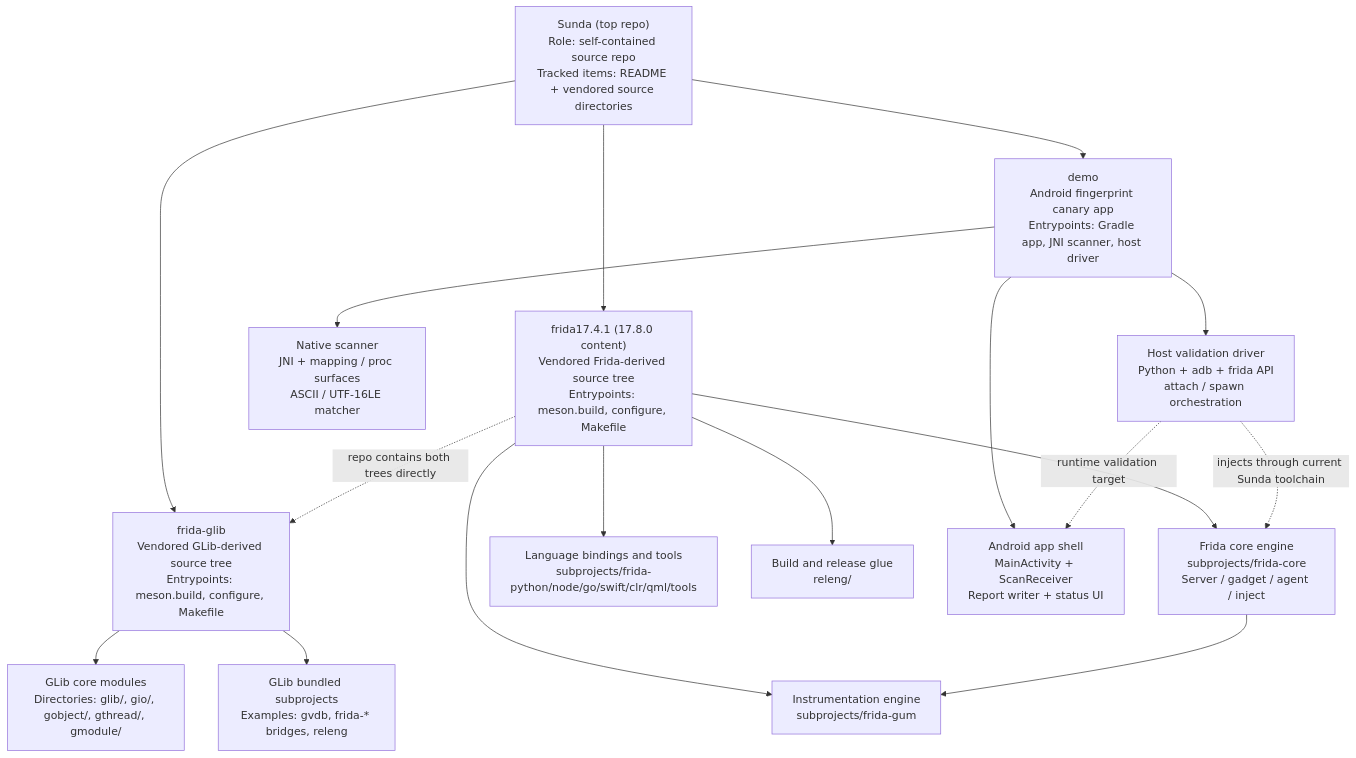
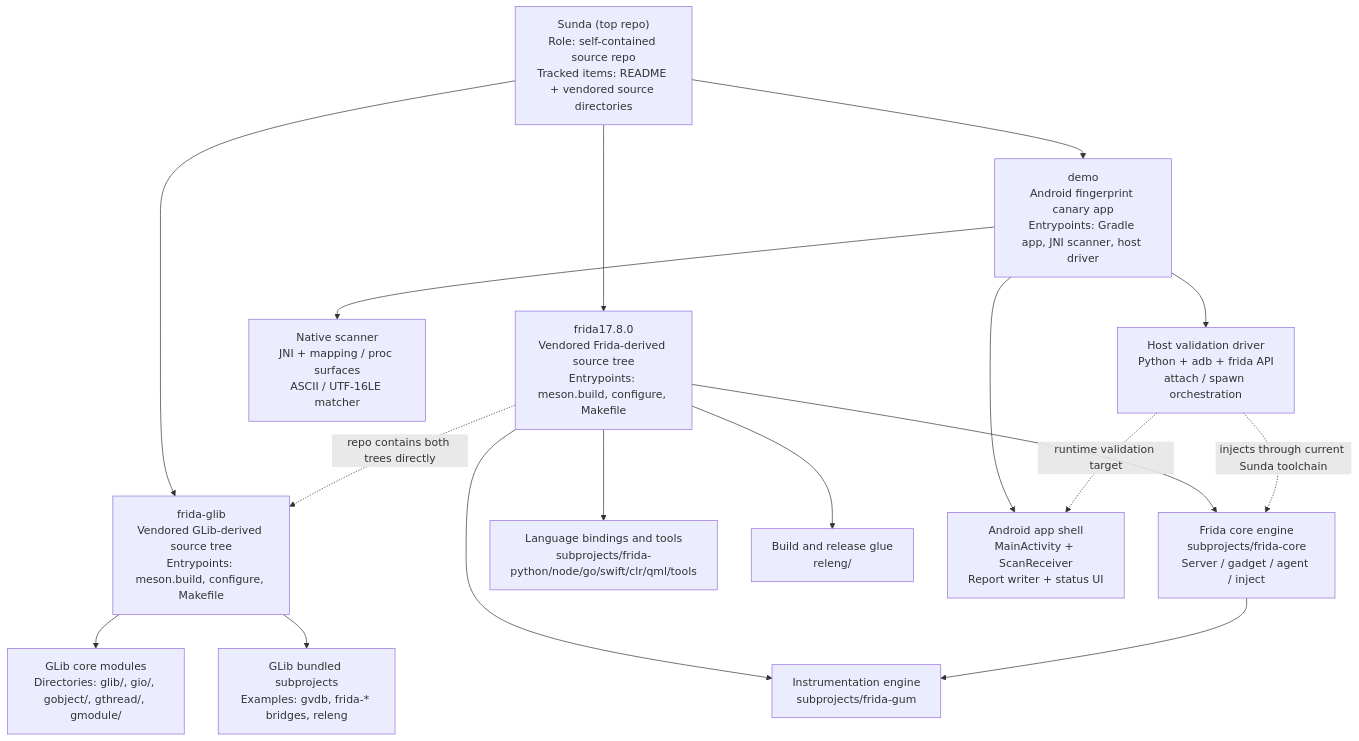
One commit to sec-staff-lilithgames/Sunda changed the diagram in .status/architecture/architecture.mmd. Above: the diagram before and after it, drawn with Mermaid. The commit also changed 5662 other files, not shown here.

Commit message:
refactor: rename frida tree to 17.8.0

```diff
--- a/.status/architecture/architecture.mmd
+++ b/.status/architecture/architecture.mmd
@@ -1,38 +1,38 @@
 flowchart TD
   Root["Sunda (top repo)\nRole: self-contained source repo\nTracked items: README + vendored source directories"]
 
   FG["frida-glib\nVendored GLib-derived source tree\nEntrypoints: meson.build, configure, Makefile"]
-  F17["frida17.4.1 (17.8.0 content)\nVendored Frida-derived source tree\nEntrypoints: meson.build, configure, Makefile"]
+  F17["frida17.8.0\nVendored Frida-derived source tree\nEntrypoints: meson.build, configure, Makefile"]
   Demo["demo\nAndroid fingerprint canary app\nEntrypoints: Gradle app, JNI scanner, host driver"]
 
   FGCore["GLib core modules\nDirectories: glib/, gio/, gobject/, gthread/, gmodule/"]
   FGDeps["GLib bundled subprojects\nExamples: gvdb, frida-* bridges, releng"]
 
   F17Core["Frida core engine\nsubprojects/frida-core\nServer / gadget / agent / inject"]
   F17Gum["Instrumentation engine\nsubprojects/frida-gum"]
   F17Bindings["Language bindings and tools\nsubprojects/frida-python/node/go/swift/clr/qml/tools"]
   F17Releng["Build and release glue\nreleng/"]
   DemoApp["Android app shell\nMainActivity + ScanReceiver\nReport writer + status UI"]
   DemoNative["Native scanner\nJNI + mapping / proc surfaces\nASCII / UTF-16LE matcher"]
   DemoDriver["Host validation driver\nPython + adb + frida API\nattach / spawn orchestration"]
 
   Root --> FG
   Root --> F17
   Root --> Demo
 
   FG --> FGCore
   FG --> FGDeps
 
   F17 --> F17Core
   F17 --> F17Gum
   F17 --> F17Bindings
   F17 --> F17Releng
 
   Demo --> DemoApp
   Demo --> DemoNative
   Demo --> DemoDriver
 
   F17Core --> F17Gum
   F17 -. "repo contains both trees directly" .-> FG
   DemoDriver -. "runtime validation target" .-> DemoApp
   DemoDriver -. "injects through current Sunda toolchain" .-> F17Core
```
